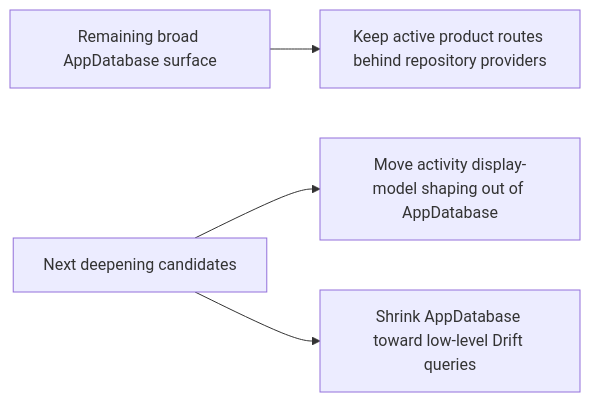
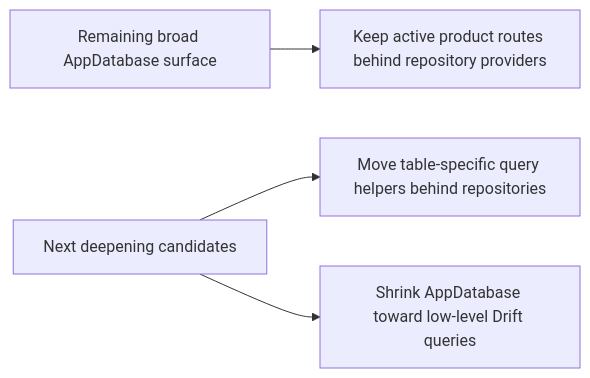
Before and after one commit to Guoyuer/eventTracker: the fifth of 5 diagrams in docs/architecture/module-flow.md, drawn with Mermaid. The commit also changed 5 other files, not shown here.

Commit message:
Move activity display mapping to repository

````diff
--- a/docs/architecture/module-flow.md
+++ b/docs/architecture/module-flow.md
@@ -116,9 +116,9 @@
 ```mermaid
 flowchart LR
   DirectDB["Remaining broad AppDatabase surface"]
   DirectDB --> Persistence["Keep active product routes behind repository providers"]
 
   Next["Next deepening candidates"]
-  Next --> Mapping["Move activity display-model shaping out of AppDatabase"]
+  Next --> Helpers["Move table-specific query helpers behind repositories"]
   Next --> Queries["Shrink AppDatabase toward low-level Drift queries"]
 ```
````
